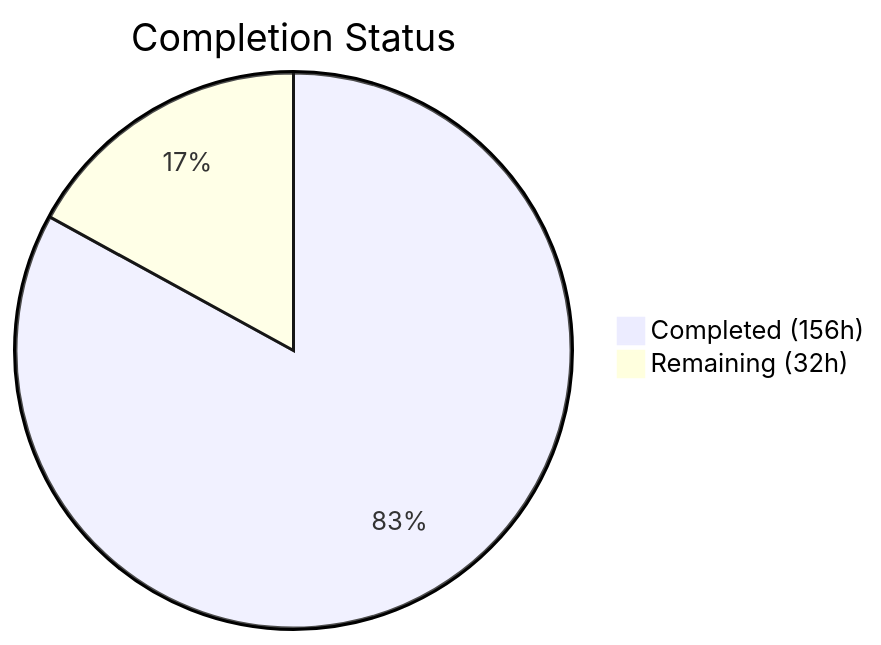
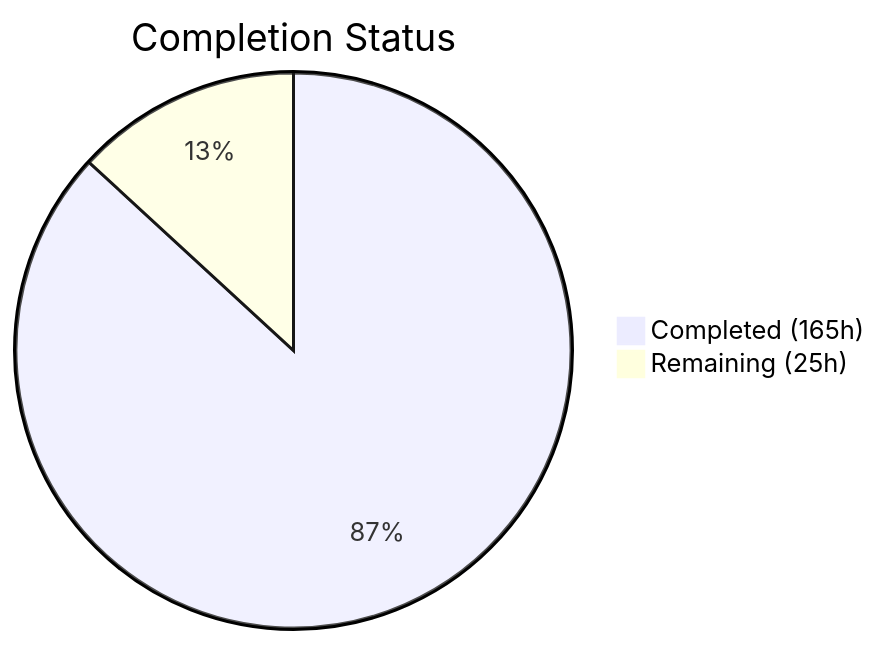
The first of 2 diagrams in blitzy/documentation/Project Guide.md (Blitzy-Sandbox/blitzy-formbricks), drawn with Mermaid before and after one commit. The commit also changed other lines of this file, not shown here.

Commit message:
Adding Blitzy Project Guide: Project Status and Human Tasks Remaining

````diff
--- a/blitzy/documentation/Project Guide.md
+++ b/blitzy/documentation/Project Guide.md
@@ -13,5 +13,5 @@
 ```mermaid
 pie title Completion Status
-    "Completed (156h)" : 156
-    "Remaining (32h)" : 32
+    "Completed (165h)" : 165
+    "Remaining (25h)" : 25
 ```
````
